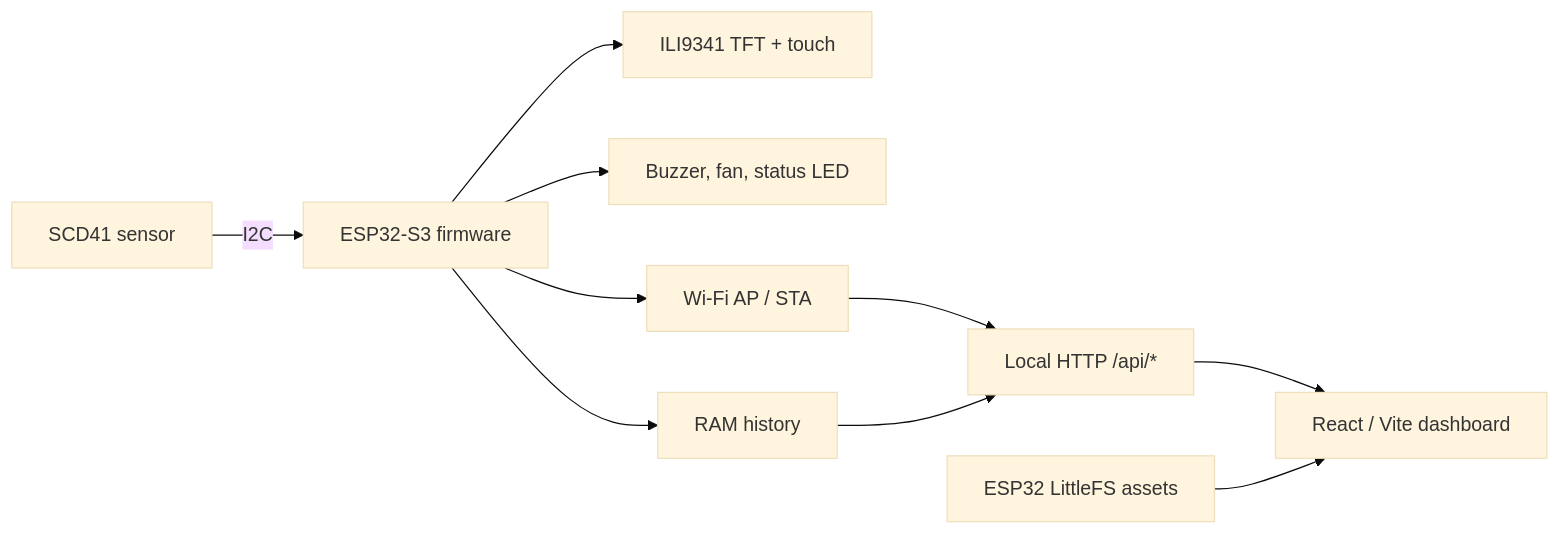
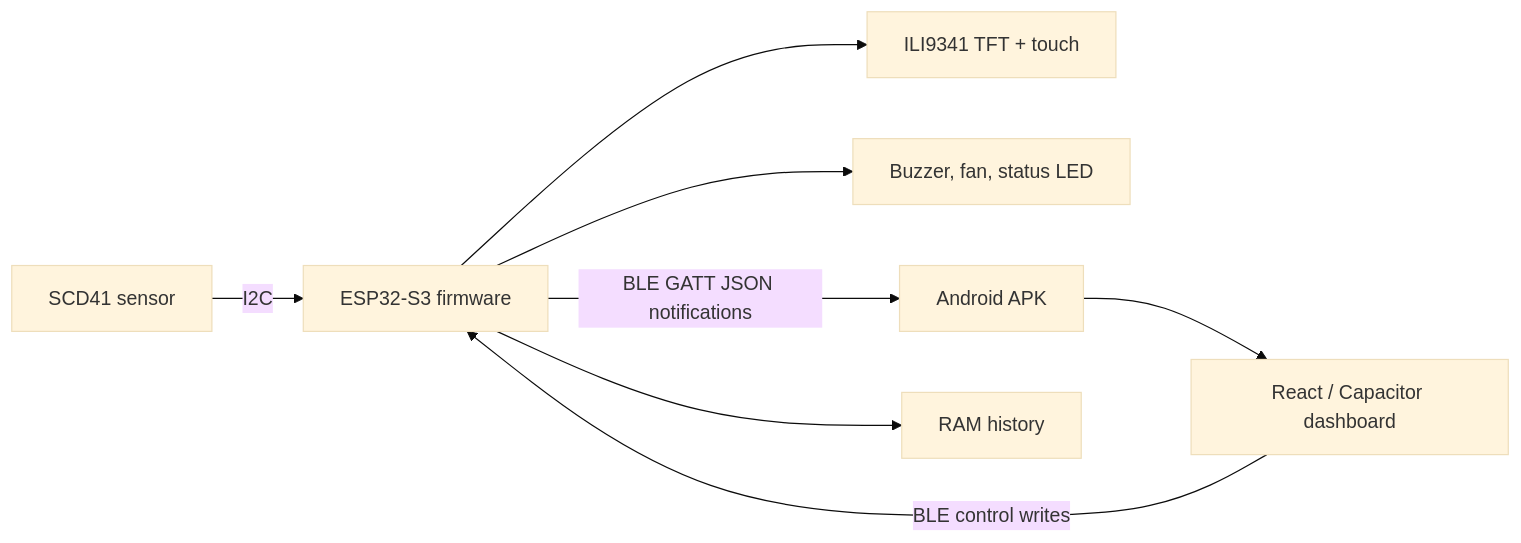
The diagram in README.md (Devon35K/AirWatchIoTMonitoringPlatform), drawn with Mermaid (base theme) before and after one commit. The commit also changed other lines of this file and 4627 other files, not shown here.

````diff
--- a/README.md
+++ b/README.md
@@ -46,12 +68,10 @@
 ```mermaid
 flowchart LR
   S[SCD41 sensor] -->|I2C| E[ESP32-S3 firmware]
   E --> D[ILI9341 TFT + touch]
   E --> B[Buzzer, fan, status LED]
-  E --> W[Wi-Fi AP / STA]
-  W --> API[Local HTTP /api/*]
-  API --> UI[React / Vite dashboard]
-  FS[ESP32 LittleFS assets] --> UI
+  E -->|BLE GATT JSON notifications| A[Android APK]
+  A --> UI[React / Capacitor dashboard]
+  UI -->|BLE control writes| E
   E --> H[RAM history]
-  H --> API
 ```
````
